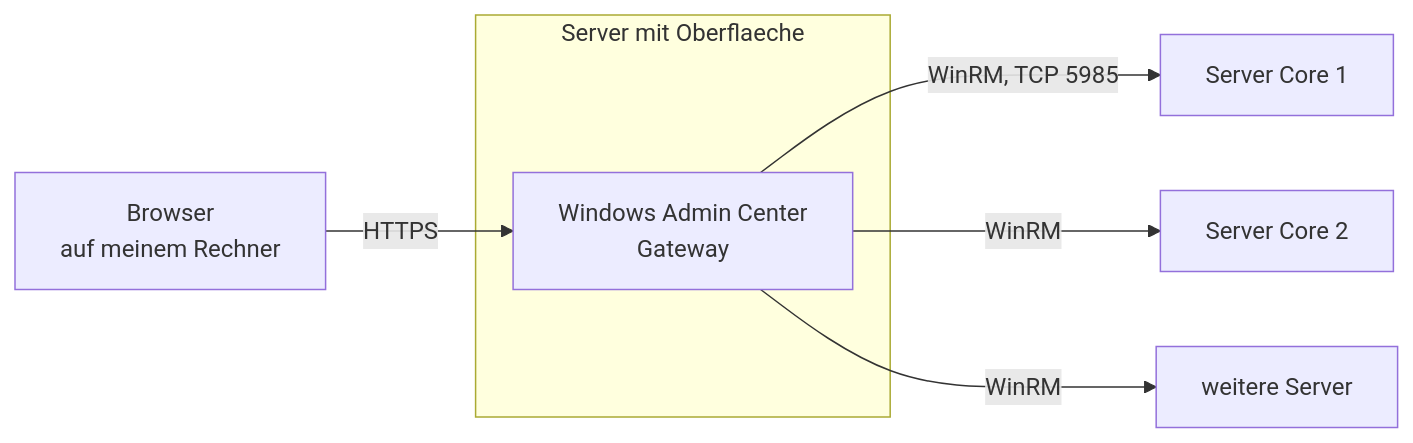
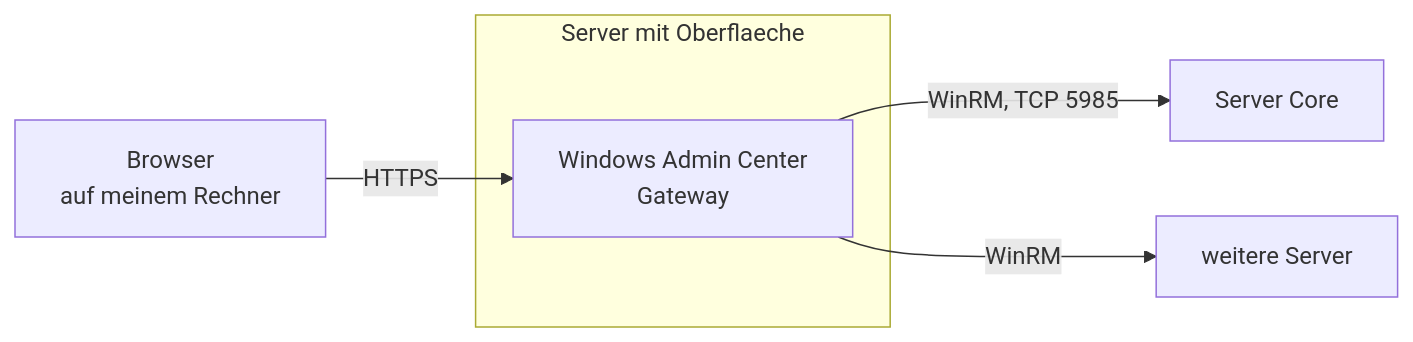
The first of 2 diagrams in docs/05-windows-admin-center.md (tafirnat/windows-server-lab), drawn with Mermaid before and after one commit. The commit also changed other lines of this file and 4 other files, not shown here.

````diff
--- a/docs/05-windows-admin-center.md
+++ b/docs/05-windows-admin-center.md
@@ -11,14 +11,12 @@
 ```mermaid
 flowchart LR
     B["Browser<br/>auf meinem Rechner"]
     subgraph GW["Server mit Oberflaeche"]
         WAC["Windows Admin Center<br/>Gateway"]
     end
-    C1["Server Core 1"]
-    C2["Server Core 2"]
-    C3["weitere Server"]
+    C1["Server Core"]
+    C2["weitere Server"]
     B -->|"HTTPS"| WAC
     WAC -->|"WinRM, TCP 5985"| C1
     WAC -->|"WinRM"| C2
-    WAC -->|"WinRM"| C3
 ```
````
